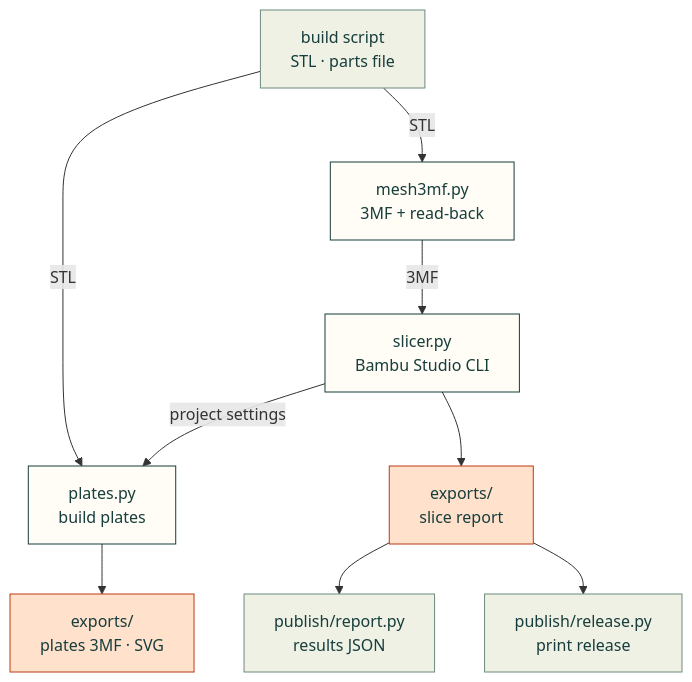
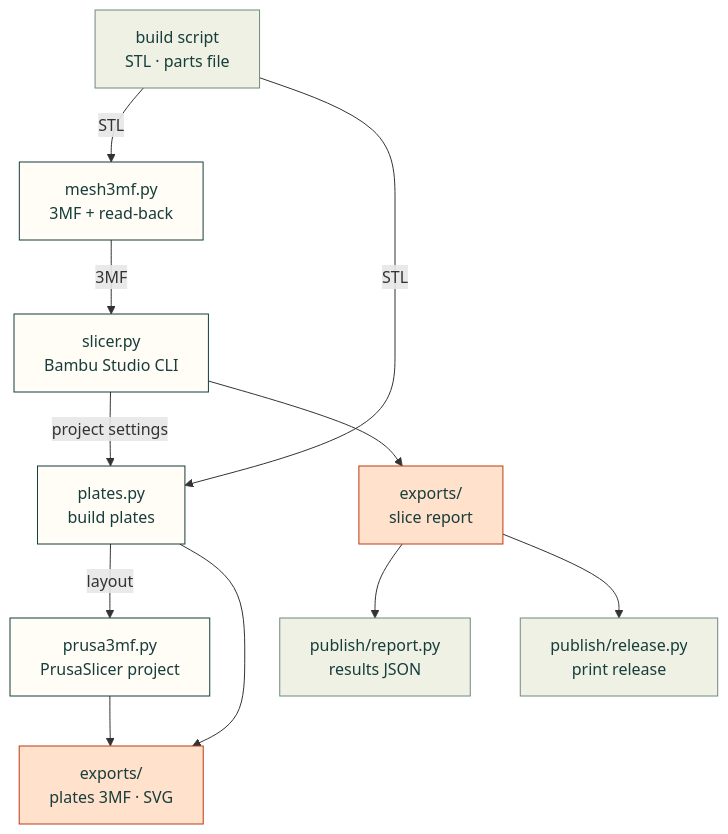
Before and after one commit to Valpatel/cad-agent: the diagram in src/cadagent/manufacturing/README.md, drawn with Mermaid. The commit also changed other lines of this file and 5 other files, not shown here.

First line of the commit message:
feat(manufacturing): PrusaSlicer project 3MF writer (#248)

````diff
--- a/src/cadagent/manufacturing/README.md
+++ b/src/cadagent/manufacturing/README.md
@@ -11,17 +12,19 @@
 ```mermaid
 flowchart TD
     B["build script<br/>STL · parts file"] -->|"STL"| M3["mesh3mf.py<br/>3MF + read-back"]
     M3 -->|"3MF"| SL["slicer.py<br/>Bambu Studio CLI"]
     B -->|"STL"| PL["plates.py<br/>build plates"]
     SL -->|"project settings"| PL
+    PL -->|"layout"| PR["prusa3mf.py<br/>PrusaSlicer project"]
+    PR --> PF
     PL --> PF["exports/<br/>plates 3MF · SVG"]
     SL --> SR["exports/<br/>slice report"]
     SR --> R["publish/report.py<br/>results JSON"]
     SR --> REL["publish/release.py<br/>print release"]
     classDef here fill:#fffdf5,stroke:#173d3c,color:#173d3c
     classDef near fill:#eef1e4,stroke:#6f8a80,color:#173d3c
     classDef out fill:#ffe1cc,stroke:#bd3a12,color:#173d3c
-    class M3,SL,PL here
+    class M3,SL,PL,PR here
     class B,R,REL near
     class SR,PF out
 ```
````
